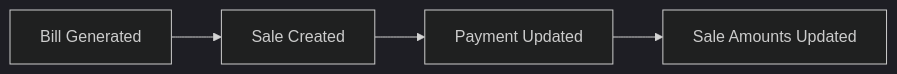
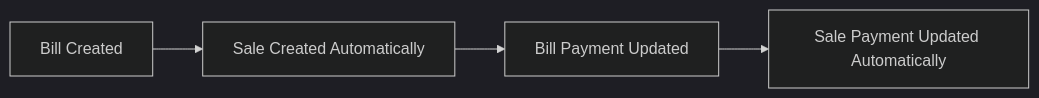
Before and after one commit to mohanmaali-dev/Hotel-Anmol-ONE-Frontent: the eighth of 10 diagrams in docs/RESTAURANT_OWNER_GUIDE.md, drawn with Mermaid (dark theme). The commit also changed other lines of this file and 27 other files, not shown here.

````diff
--- a/docs/RESTAURANT_OWNER_GUIDE.md
+++ b/docs/RESTAURANT_OWNER_GUIDE.md
@@ -287,6 +360,6 @@
 ```mermaid
 flowchart LR
-    A[Bill Generated] --> B[Sale Created]
-    B --> C[Payment Updated]
-    C --> D[Sale Amounts Updated]
+    A[Bill Created] --> B[Sale Created Automatically]
+    B --> C[Bill Payment Updated]
+    C --> D[Sale Payment Updated Automatically]
 ```
````
